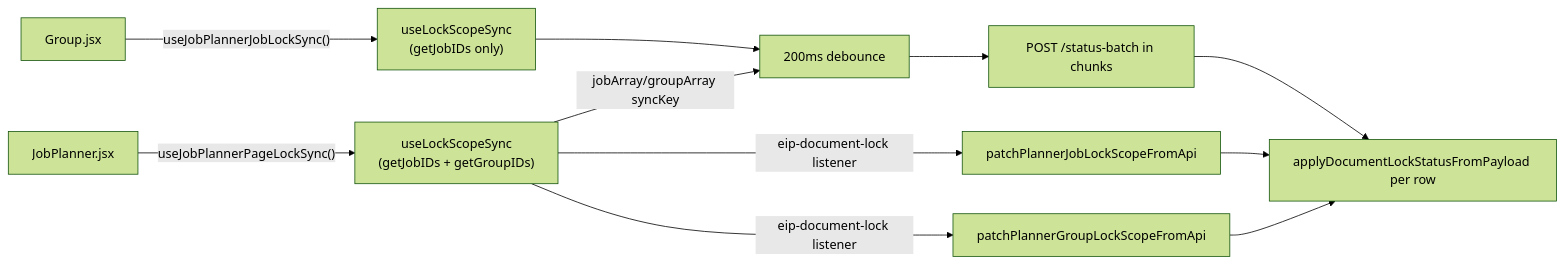
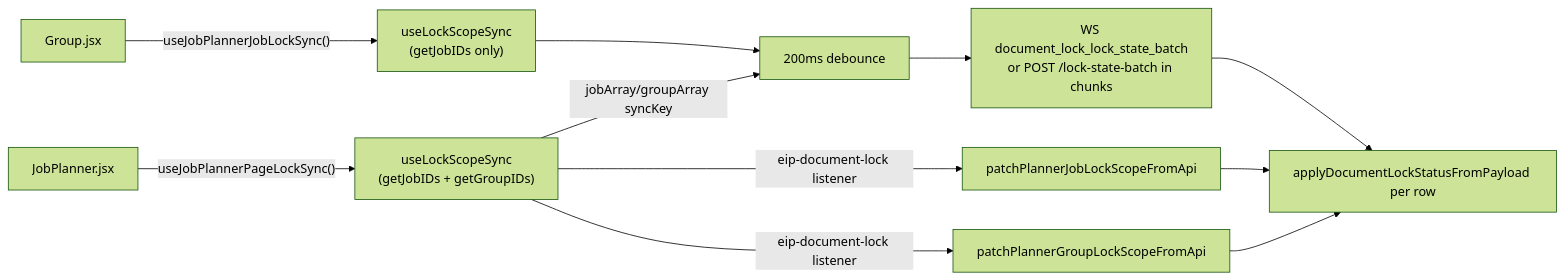
Before and after one commit to darcy561/eve-industry-planner: the second of 2 diagrams in docs/document-lock/FRONTEND.md, drawn with Mermaid (forest theme). The commit also changed other lines of this file and 41 other files, not shown here.

First line of the commit message:
refactor(document-lock): enhance document lock handling and update API interactions

````diff
--- a/docs/document-lock/FRONTEND.md
+++ b/docs/document-lock/FRONTEND.md
@@ -168,13 +180,13 @@
 ```mermaid
 flowchart LR
   PageJP["JobPlanner.jsx"] -->|"useJobPlannerPageLockSync()"| Core["useLockScopeSync<br/>(getJobIDs + getGroupIDs)"]
   PageGrp["Group.jsx"] -->|"useJobPlannerJobLockSync()"| Core2["useLockScopeSync<br/>(getJobIDs only)"]
   Core -->|"jobArray/groupArray syncKey"| Debounce["200ms debounce"]
   Core2 --> Debounce
-  Debounce --> Batch["POST /status-batch in chunks"]
+  Debounce --> Batch["WS document_lock_lock_state_batch<br/>or POST /lock-state-batch in chunks"]
   Batch --> Apply["applyDocumentLockStatusFromPayload per row"]
   Core -->|"eip-document-lock listener"| Patch1["patchPlannerJobLockScopeFromApi"]
   Core -->|"eip-document-lock listener"| Patch2["patchPlannerGroupLockScopeFromApi"]
   Patch1 --> Apply
   Patch2 --> Apply
 ```
````
